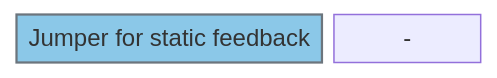
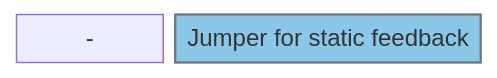
One commit to KROIA/Voicemail-Box changed the third of 5 diagrams in Hardware/README.md. Above: the diagram before and after it, drawn with Mermaid. The commit also changed other lines of this file, not shown here.

````diff
--- a/Hardware/README.md
+++ b/Hardware/README.md
@@ -76,8 +76,8 @@
 ```mermaid
 block-beta
         columns 3
-        a[" Jumper for static feedback "]:2
-        c["-"]  
-classDef highlighter fill:#8bc8e8,stroke:#6c757d,stroke-width:1.5px;
-class a highlighter
+        a["-"]
+        c[" Jumper for static feedback "]:2     
+classDef highlighter fill:#8bc8e8,stroke:#6c757d,text:#000000,stroke-width:1.5px;
+class c highlighter
 ```
````
